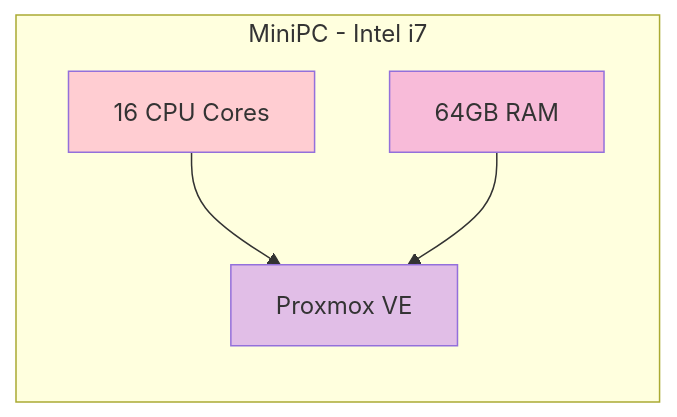
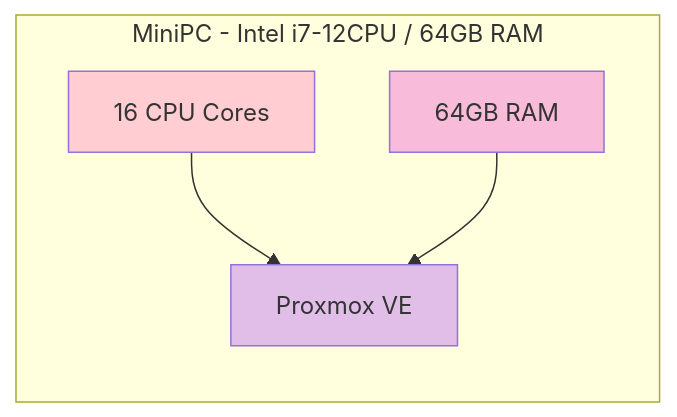
One commit to tom-sapletta-com/proxmox changed the second of 7 diagrams in README.md. Above: the diagram before and after it, drawn with Mermaid. The commit also changed other lines of this file, not shown here.

````diff
--- a/README.md
+++ b/README.md
@@ -44,15 +66,15 @@
 ```mermaid
 graph LR
-    subgraph "MiniPC - Intel i7"
+    subgraph "MiniPC - Intel i7-12CPU / 64GB RAM"
         CPU[16 CPU Cores]
         RAM[64GB RAM]
         PROX[Proxmox VE]
     end
     
     CPU --> PROX
     RAM --> PROX
     
     style CPU fill:#ffcdd2
     style RAM fill:#f8bbd9
     style PROX fill:#e1bee7
 ```
````
